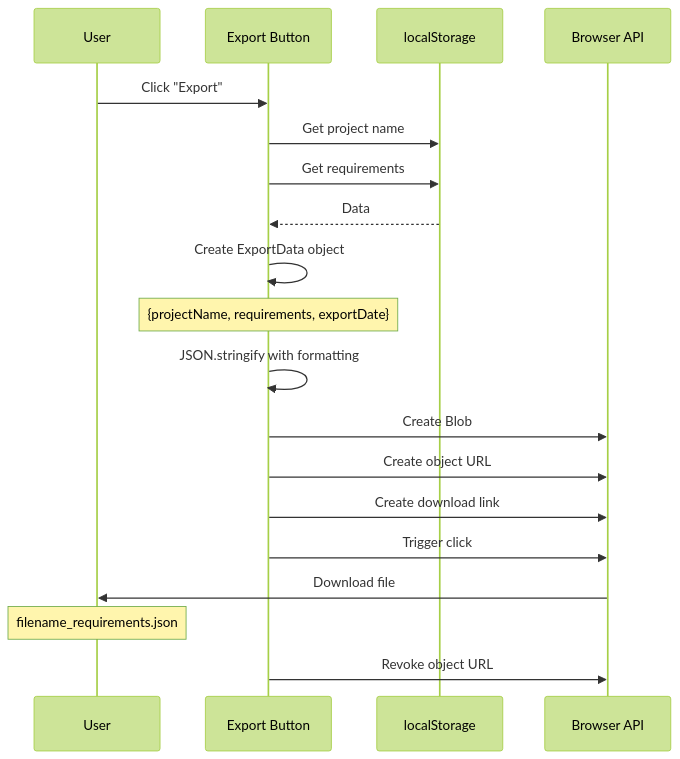
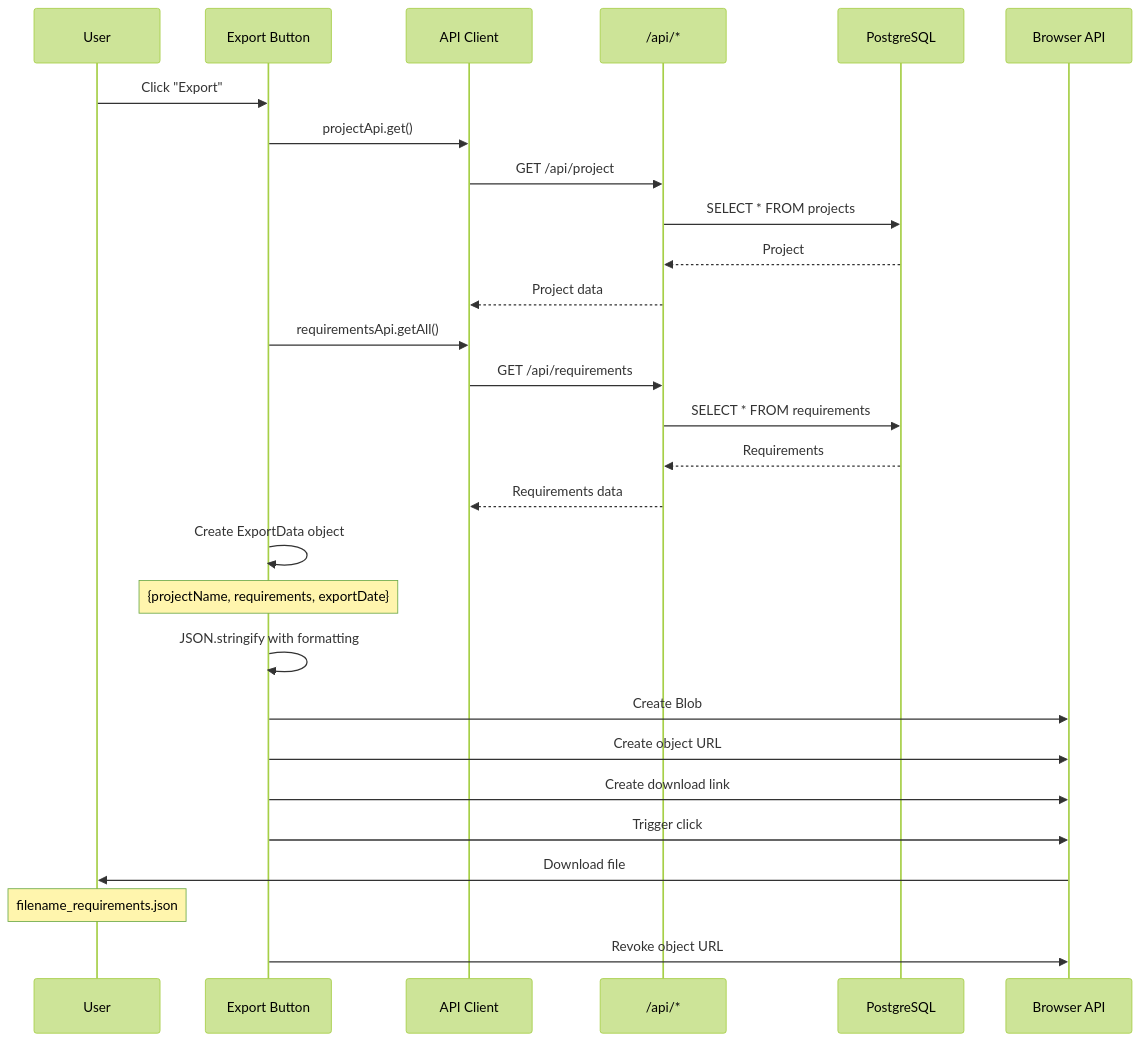
The seventh of 14 diagrams in docs/technical-spec.md (FirstRe/AIFIRST), drawn with Mermaid (forest theme) before and after one commit. The commit also changed other lines of this file and 36 other files, not shown here.

````diff
--- a/docs/technical-spec.md
+++ b/docs/technical-spec.md
@@ -696,26 +1031,36 @@
 ```mermaid
 sequenceDiagram
     participant User as User
     participant Button as Export Button
-    participant Storage as localStorage
+    participant API as API Client
+    participant Backend as /api/*
+    participant DB as PostgreSQL
     participant Browser as Browser API
 
     User->>Button: Click "Export"
-    Button->>Storage: Get project name
-    Button->>Storage: Get requirements
-    Storage-->>Button: Data
+    Button->>API: projectApi.get()
+    API->>Backend: GET /api/project
+    Backend->>DB: SELECT * FROM projects
+    DB-->>Backend: Project
+    Backend-->>API: Project data
+
+    Button->>API: requirementsApi.getAll()
+    API->>Backend: GET /api/requirements
+    Backend->>DB: SELECT * FROM requirements
+    DB-->>Backend: Requirements
+    Backend-->>API: Requirements data
 
     Button->>Button: Create ExportData object
     Note over Button: {projectName, requirements, exportDate}
 
     Button->>Button: JSON.stringify with formatting
     Button->>Browser: Create Blob
     Button->>Browser: Create object URL
     Button->>Browser: Create download link
     Button->>Browser: Trigger click
 
     Browser->>User: Download file
     Note over User: filename_requirements.json
 
     Button->>Browser: Revoke object URL
 ```
````
